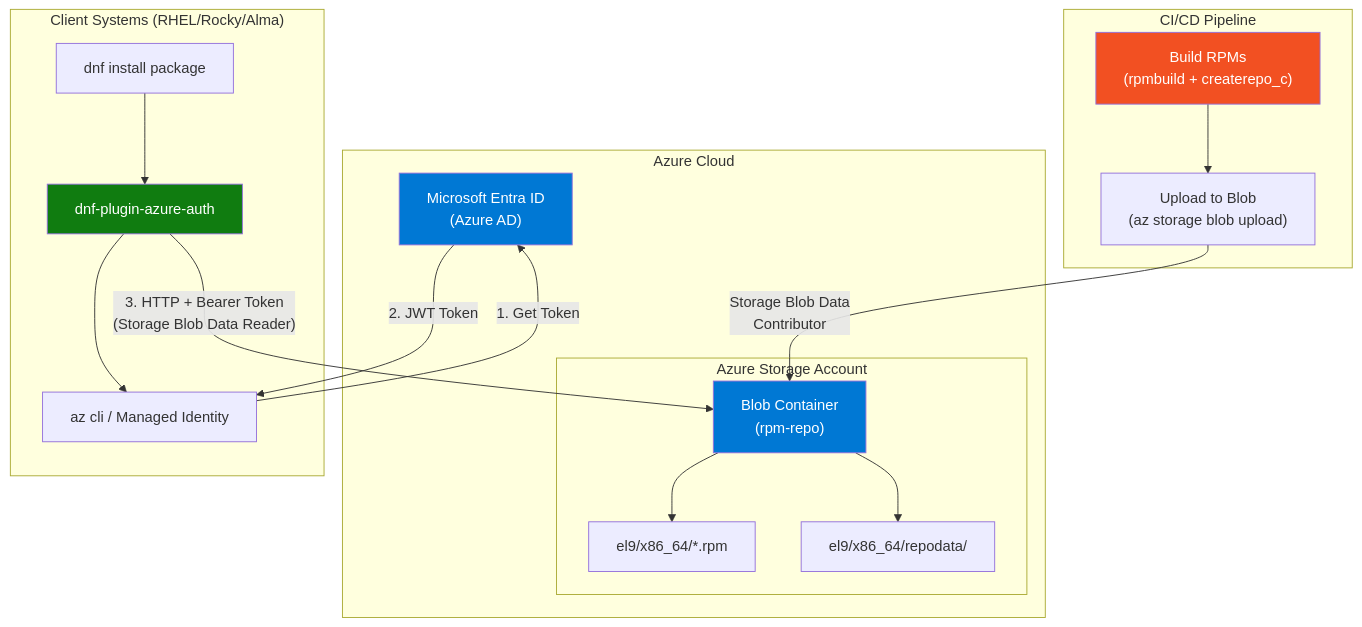
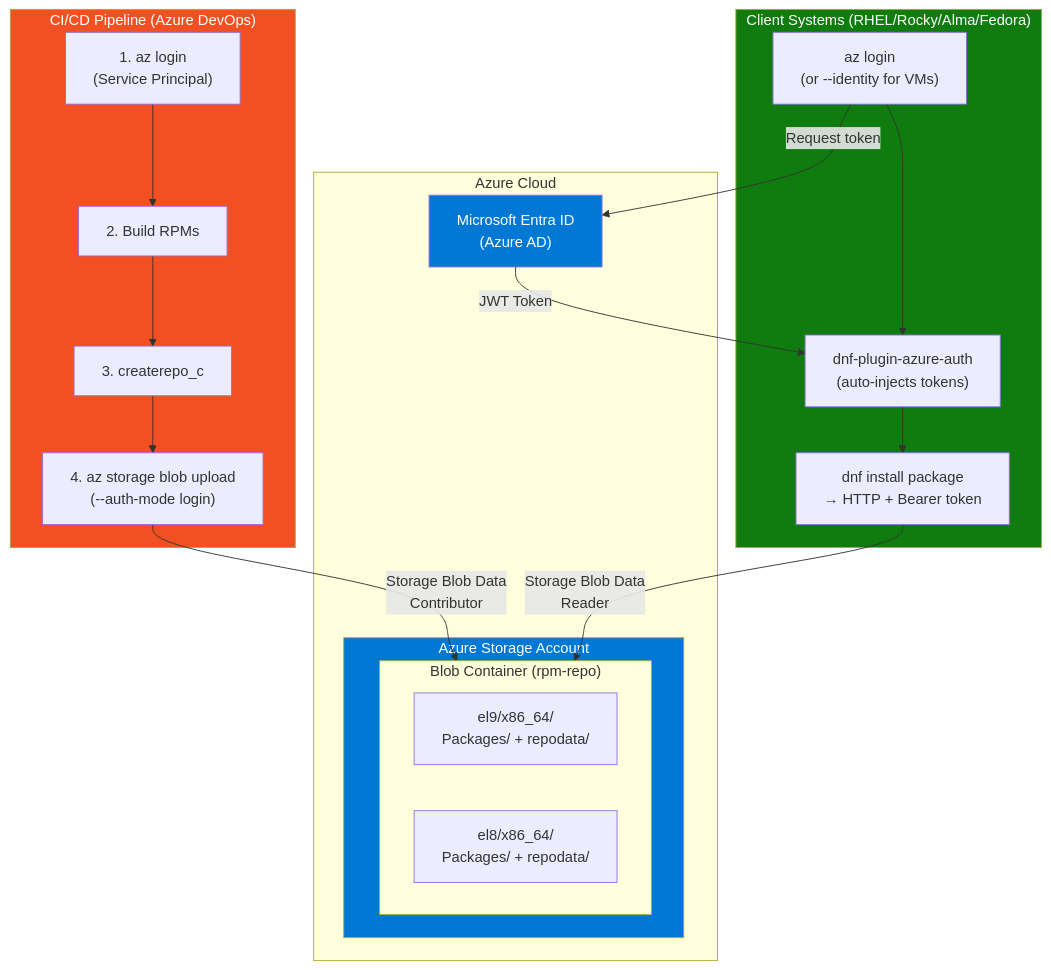
One commit to san360/rpm-poc changed the first of 15 diagrams in README.md. Above: the diagram before and after it, drawn with Mermaid. The commit also changed other lines of this file and 2 other files, not shown here.

Commit message:
Remove Azure Blob Storage RPM Repository Implementation Guide

````diff
--- a/README.md
+++ b/README.md
@@ -41,35 +61,37 @@
 ```mermaid
 graph TB
     subgraph "Azure Cloud"
         AAD["Microsoft Entra ID<br/>(Azure AD)"]
-        subgraph "Azure Storage Account"
-            BC["Blob Container<br/>(rpm-repo)"]
-            BC --> RPMs["el9/x86_64/*.rpm"]
-            BC --> Repo["el9/x86_64/repodata/"]
+        subgraph SA["Azure Storage Account"]
+            subgraph BC["Blob Container (rpm-repo)"]
+                EL9["el9/x86_64/<br/>Packages/ + repodata/"]
+                EL8["el8/x86_64/<br/>Packages/ + repodata/"]
+            end
         end
     end
 
-    subgraph "CI/CD Pipeline"
-        Build["Build RPMs<br/>(rpmbuild + createrepo_c)"]
-        Upload["Upload to Blob<br/>(az storage blob upload)"]
-        Build --> Upload
+    subgraph CICD["CI/CD Pipeline (Azure DevOps)"]
+        Login1["1. az login<br/>(Service Principal)"]
+        Build["2. Build RPMs"]
+        Createrepo["3. createrepo_c"]
+        UploadBlob["4. az storage blob upload<br/>(--auth-mode login)"]
+        Login1 --> Build --> Createrepo --> UploadBlob
     end
 
-    subgraph "Client Systems (RHEL/Rocky/Alma)"
-        DNF["dnf install package"]
-        Plugin["dnf-plugin-azure-auth"]
-        AZ["az cli / Managed Identity"]
+    subgraph Client["Client Systems (RHEL/Rocky/Alma/Fedora)"]
+        AZLogin["az login<br/>(or --identity for VMs)"]
+        Plugin["dnf-plugin-azure-auth<br/>(auto-injects tokens)"]
+        DNFInstall["dnf install package<br/>→ HTTP + Bearer token"]
+        AZLogin --> Plugin --> DNFInstall
     end
 
-    Upload -- "Storage Blob Data<br/>Contributor" --> BC
-    DNF --> Plugin
-    Plugin --> AZ
-    AZ -- "1. Get Token" --> AAD
-    AAD -- "2. JWT Token" --> AZ
-    Plugin -- "3. HTTP + Bearer Token<br/>(Storage Blob Data Reader)" --> BC
+    UploadBlob -- "Storage Blob Data<br/>Contributor" --> BC
+    AZLogin -- "Request token" --> AAD
+    AAD -- "JWT Token" --> Plugin
+    DNFInstall -- "Storage Blob Data<br/>Reader" --> BC
 
     style AAD fill:#0078D4,color:#fff
-    style BC fill:#0078D4,color:#fff
-    style Plugin fill:#107C10,color:#fff
-    style Build fill:#F25022,color:#fff
+    style SA fill:#0078D4,color:#fff
+    style CICD fill:#F25022,color:#fff
+    style Client fill:#107C10,color:#fff
 ```
````
